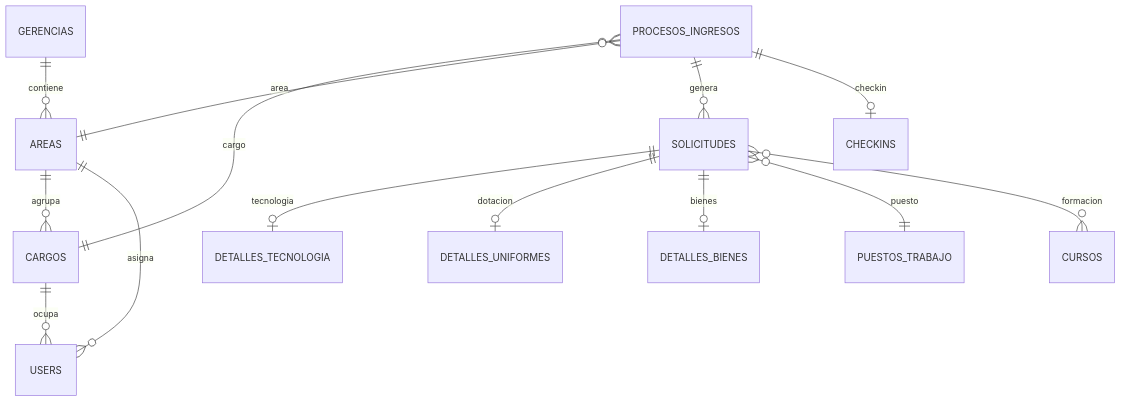
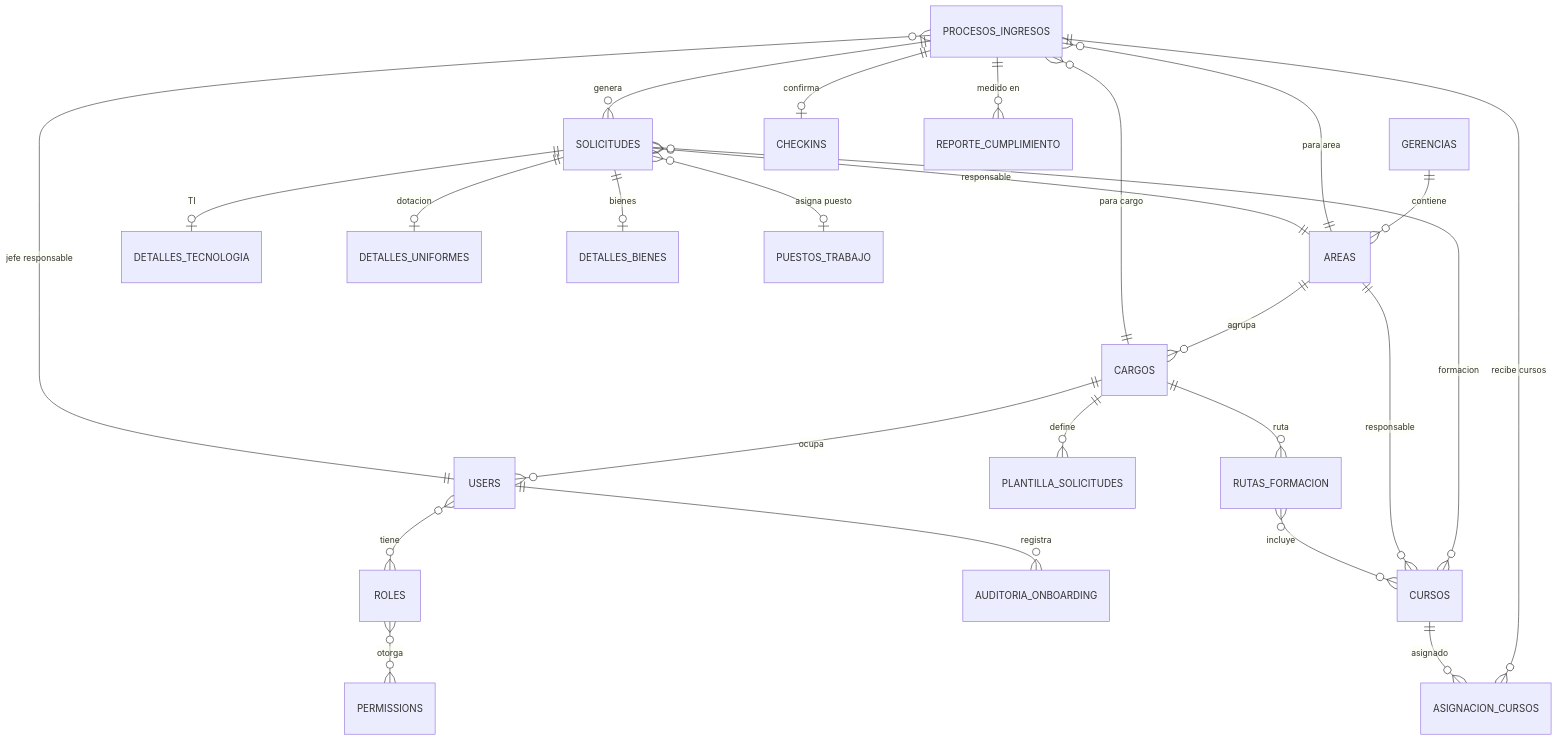
One commit to Mysticxs01/onboarding2026 changed the diagram in README.md. Above: the diagram before and after it, drawn with Mermaid. The commit also changed other lines of this file and 4 other files, not shown here.

````diff
--- a/README.md
+++ b/README.md
@@ -64,16 +74,38 @@
 ```mermaid
 erDiagram
+   %% Estructura Organizacional
    GERENCIAS ||--o{ AREAS : contiene
    AREAS ||--o{ CARGOS : agrupa
-   AREAS ||--o{ USERS : asigna
    CARGOS ||--o{ USERS : ocupa
-   PROCESOS_INGRESOS }o--|| CARGOS : cargo
-   PROCESOS_INGRESOS }o--|| AREAS : area
+   CARGOS ||--o{ PLANTILLA_SOLICITUDES : define
+   
+   %% Proceso de Ingreso
+   PROCESOS_INGRESOS }o--|| CARGOS : "para cargo"
+   PROCESOS_INGRESOS }o--|| AREAS : "para area"
+   PROCESOS_INGRESOS }o--|| USERS : "jefe responsable"
    PROCESOS_INGRESOS ||--o{ SOLICITUDES : genera
-   SOLICITUDES ||--o| DETALLES_TECNOLOGIA : tecnologia
-   SOLICITUDES ||--o| DETALLES_UNIFORMES : dotacion
-   SOLICITUDES ||--o| DETALLES_BIENES : bienes
-   SOLICITUDES }o--|| PUESTOS_TRABAJO : puesto
-   PROCESOS_INGRESOS ||--o| CHECKINS : checkin
-   SOLICITUDES }o--o{ CURSOS : formacion
+   PROCESOS_INGRESOS ||--o| CHECKINS : confirma
+   
+   %% Solicitudes y Detalles
+   SOLICITUDES }o--|| AREAS : "responsable"
+   SOLICITUDES ||--o| DETALLES_TECNOLOGIA : "TI"
+   SOLICITUDES ||--o| DETALLES_UNIFORMES : "dotacion"
+   SOLICITUDES ||--o| DETALLES_BIENES : "bienes"
+   SOLICITUDES }o--o| PUESTOS_TRABAJO : "asigna puesto"
+   SOLICITUDES }o--o{ CURSOS : "formacion"
+   
+   %% Formación
+   AREAS ||--o{ CURSOS : "responsable"
+   PROCESOS_INGRESOS ||--o{ ASIGNACION_CURSOS : "recibe cursos"
+   CURSOS ||--o{ ASIGNACION_CURSOS : "asignado"
+   CARGOS ||--o{ RUTAS_FORMACION : "ruta"
+   RUTAS_FORMACION }o--o{ CURSOS : "incluye"
+   
+   %% Auditoría y Reportes
+   USERS ||--o{ AUDITORIA_ONBOARDING : "registra"
+   PROCESOS_INGRESOS ||--o{ REPORTE_CUMPLIMIENTO : "medido en"
+   
+   %% Seguridad
+   USERS }o--o{ ROLES : "tiene"
+   ROLES }o--o{ PERMISSIONS : "otorga"
 ```
````
